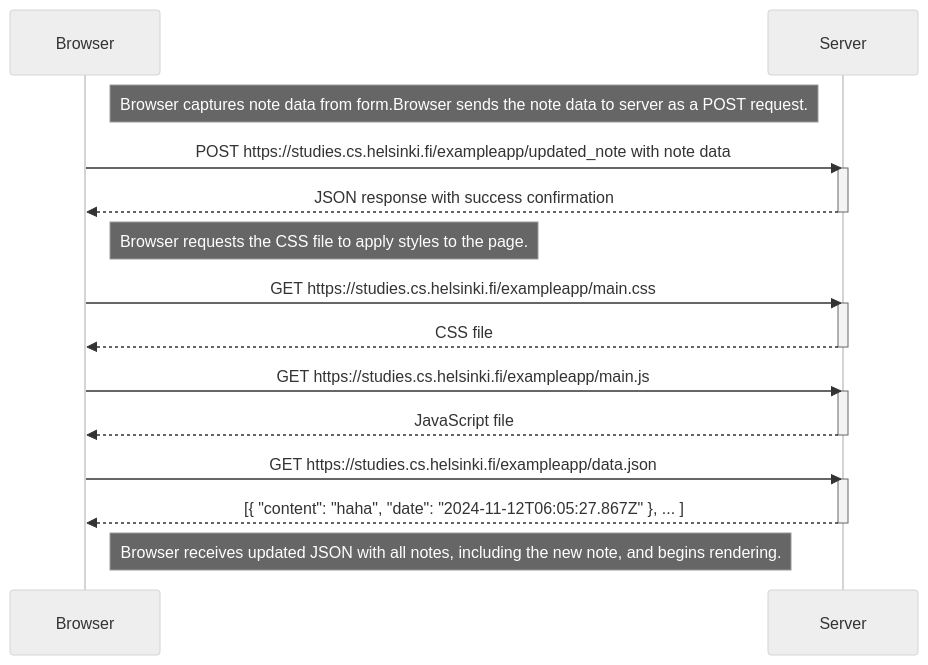
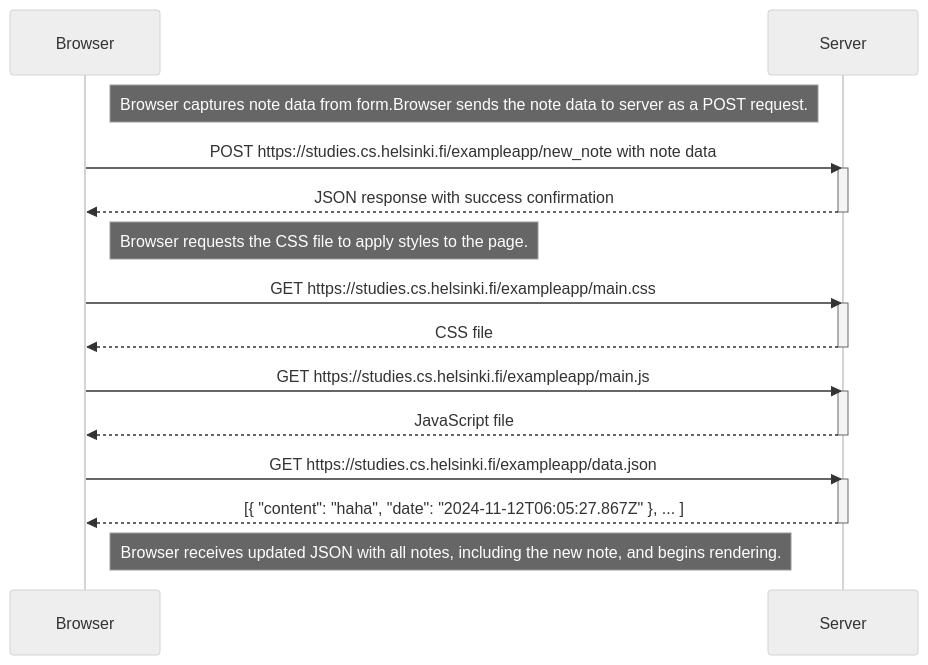
One commit to pasang99/Fullstackopen-Exercises changed the diagram in Part-0/exercise.0.4.md. Above: the diagram before and after it, drawn with Mermaid (neutral theme). The commit also changed 35 other files, not shown here.

````diff
--- a/Part-0/exercise.0.4.md
+++ b/Part-0/exercise.0.4.md
@@ -1,28 +1,28 @@
 ```mermaid
 sequenceDiagram
     participant Browser
     participant Server
 
     Note right of Browser: Browser captures note data from form.Browser sends the note data to server as a POST request.
-    Browser->>Server: POST https://studies.cs.helsinki.fi/exampleapp/updated_note with note data
+    Browser->>Server: POST https://studies.cs.helsinki.fi/exampleapp/new_note with note data
     activate Server
     Server-->>Browser: JSON response with success confirmation
     deactivate Server
 
     Note right of Browser: Browser requests the CSS file to apply styles to the page.
     Browser->>Server: GET https://studies.cs.helsinki.fi/exampleapp/main.css
     activate Server
     Server-->>Browser: CSS file
     deactivate Server
 
     Browser->>Server: GET https://studies.cs.helsinki.fi/exampleapp/main.js
     activate Server
     Server-->>Browser: JavaScript file
     deactivate Server
 
     Browser->>Server: GET https://studies.cs.helsinki.fi/exampleapp/data.json
     activate Server
     Server-->>Browser: [{  "content": "haha", "date": "2024-11-12T06:05:27.867Z" }, ... ]
     deactivate Server
     Note right of Browser: Browser receives updated JSON with all notes, including the new note, and begins rendering.
 ```
````
